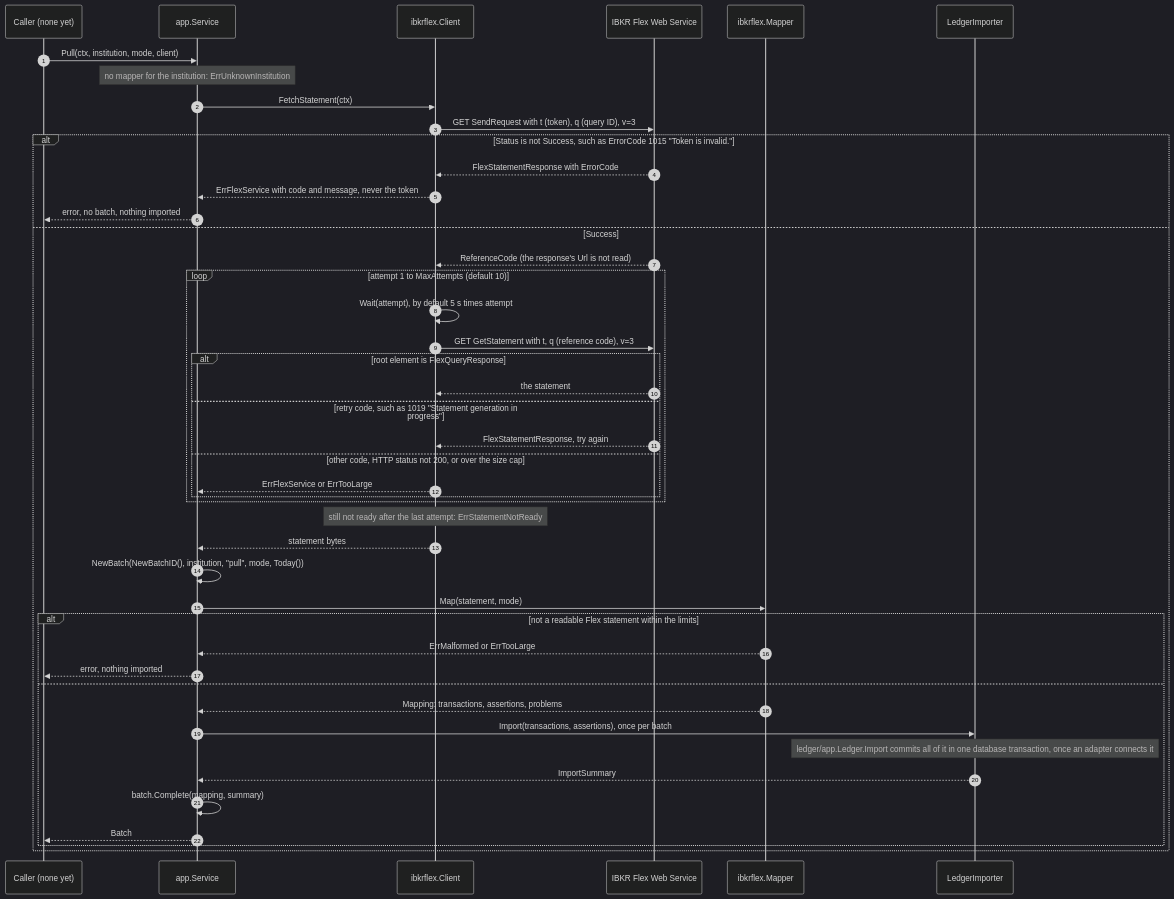
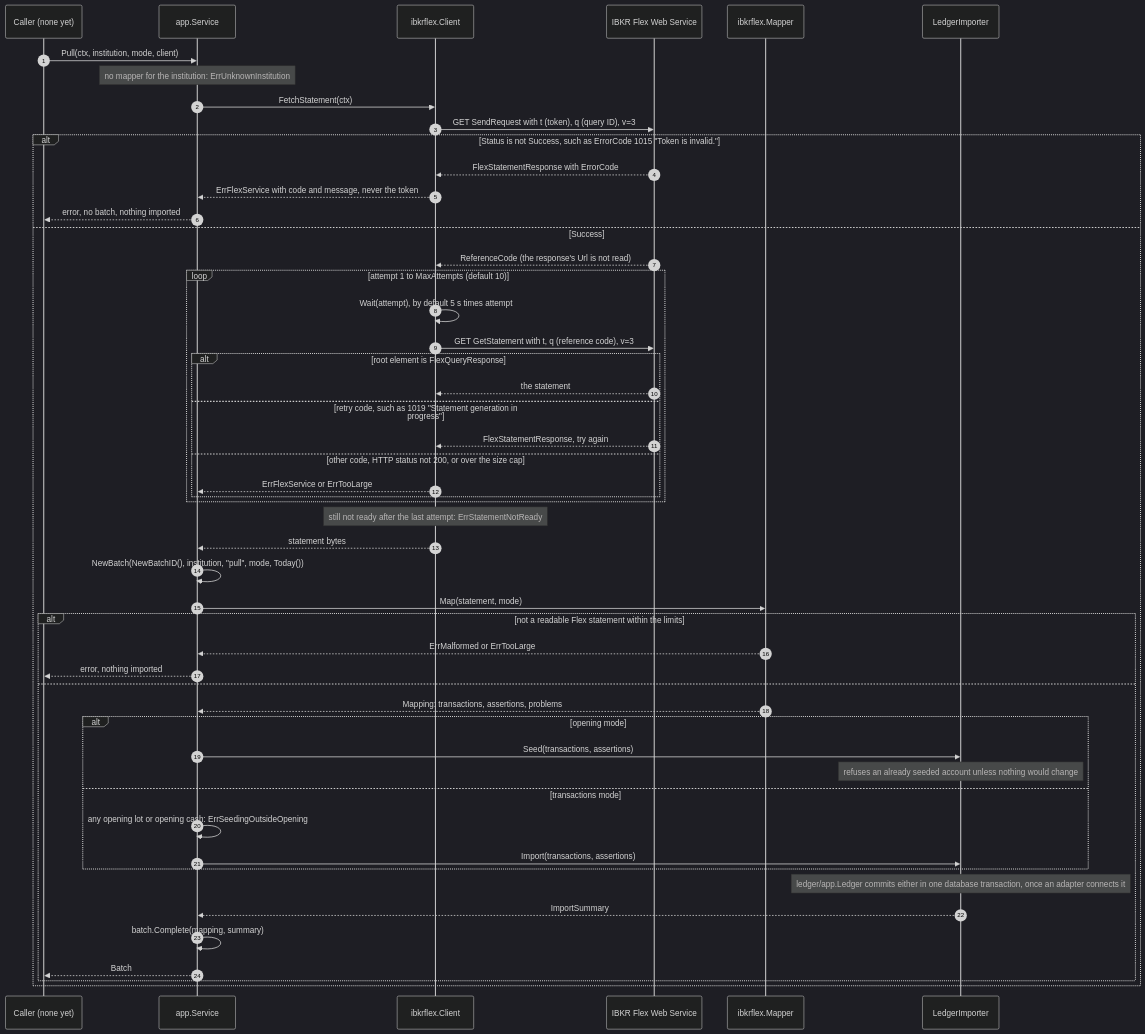
One commit to arkadiuss/openfief changed the third of 5 diagrams in docs/concepts/ingest.md. Above: the diagram before and after it, drawn with Mermaid (dark theme). The commit also changed other lines of this file and 5 other files, not shown here.

First line of the commit message:
docs: bring architecture and concept pages up to main

````diff
--- a/docs/concepts/ingest.md
+++ b/docs/concepts/ingest.md
@@ -122,47 +156,53 @@
 ```mermaid
 sequenceDiagram
   autonumber
   participant C as Caller (none yet)
   participant S as app.Service
   participant F as ibkrflex.Client
   participant I as IBKR Flex Web Service
   participant M as ibkrflex.Mapper
   participant L as LedgerImporter
   C->>S: Pull(ctx, institution, mode, client)
   Note over S: no mapper for the institution: ErrUnknownInstitution
   S->>F: FetchStatement(ctx)
   F->>I: GET SendRequest with t (token), q (query ID), v=3
   alt Status is not Success, such as ErrorCode 1015 "Token is invalid."
     I-->>F: FlexStatementResponse with ErrorCode
     F-->>S: ErrFlexService with code and message, never the token
     S-->>C: error, no batch, nothing imported
   else Success
     I-->>F: ReferenceCode (the response's Url is not read)
     loop attempt 1 to MaxAttempts (default 10)
       F->>F: Wait(attempt), by default 5 s times attempt
       F->>I: GET GetStatement with t, q (reference code), v=3
       alt root element is FlexQueryResponse
         I-->>F: the statement
       else retry code, such as 1019 "Statement generation in progress"
         I-->>F: FlexStatementResponse, try again
       else other code, HTTP status not 200, or over the size cap
         F-->>S: ErrFlexService or ErrTooLarge
       end
     end
     Note over F: still not ready after the last attempt: ErrStatementNotReady
     F-->>S: statement bytes
     S->>S: NewBatch(NewBatchID(), institution, "pull", mode, Today())
     S->>M: Map(statement, mode)
     alt not a readable Flex statement within the limits
       M-->>S: ErrMalformed or ErrTooLarge
       S-->>C: error, nothing imported
     else
       M-->>S: Mapping: transactions, assertions, problems
-      S->>L: Import(transactions, assertions), once per batch
-      Note over L: ledger/app.Ledger.Import commits all of it in one database transaction, once an adapter connects it
+      alt opening mode
+        S->>L: Seed(transactions, assertions)
+        Note over L: refuses an already seeded account unless nothing would change
+      else transactions mode
+        S->>S: any opening lot or opening cash: ErrSeedingOutsideOpening
+        S->>L: Import(transactions, assertions)
+      end
+      Note over L: ledger/app.Ledger commits either in one database transaction, once an adapter connects it
       L-->>S: ImportSummary
       S->>S: batch.Complete(mapping, summary)
       S-->>C: Batch
     end
   end
 ```
````
